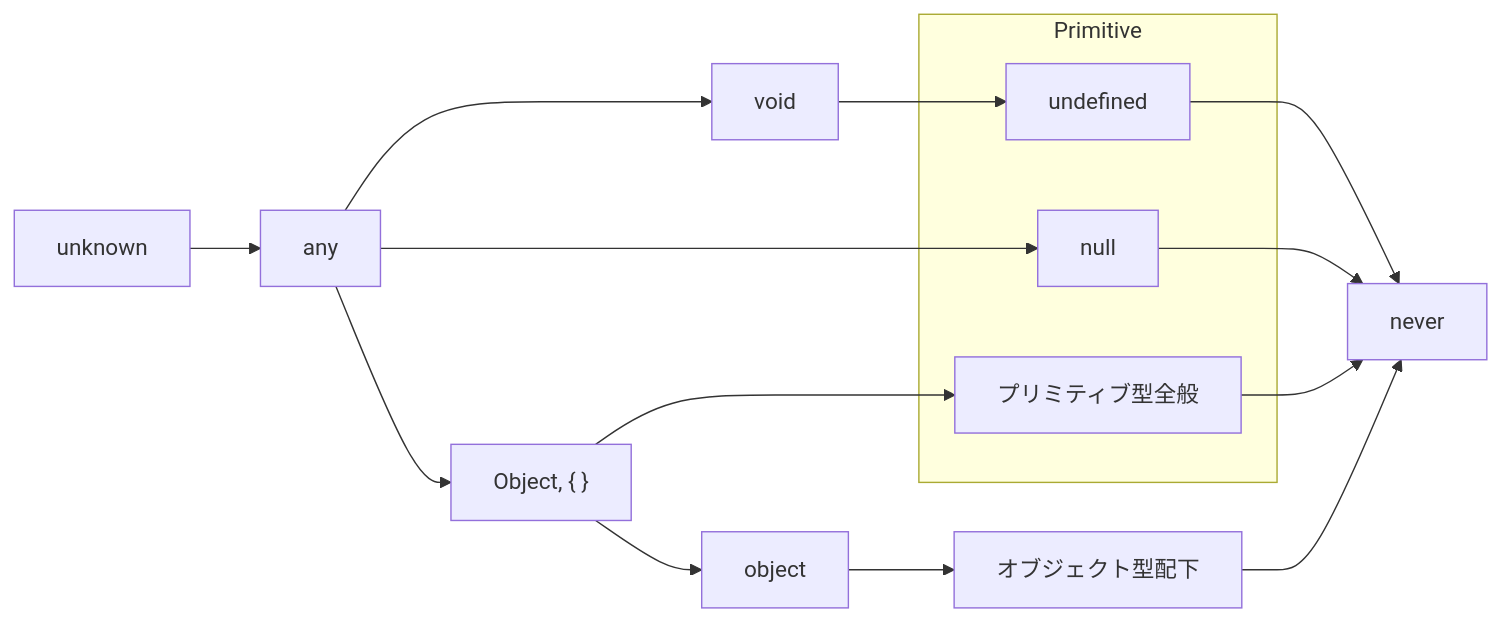
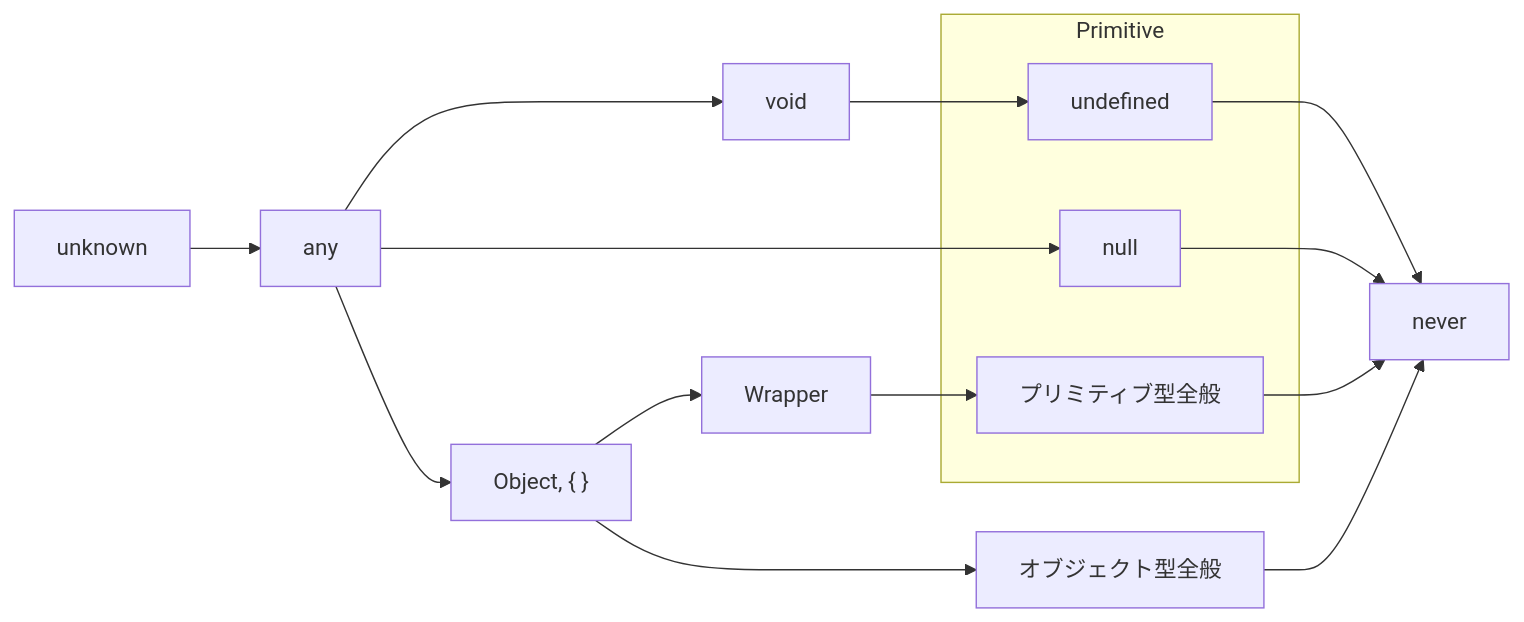
Before and after one commit to yo-goto/zenn-public-repo: the fifth of 8 diagrams in articles/typescript-type-set-hierarchy.md, drawn with Mermaid. The commit also changed other lines of this file and 1 other file, not shown here.

````diff
--- a/articles/typescript-type-set-hierarchy.md
+++ b/articles/typescript-type-set-hierarchy.md
@@ -608,21 +661,21 @@
 ```mermaid
 graph LR
   U[unknown]
   N[never]
   A[any]
   V[void]
   O["Object, { }"]
-  obj[object]
+  W[Wrapper]
   subgraph Primitive
     u[undefined]
     n[null]
     P[プリミティブ型全般]
   end
-  objs[オブジェクト型配下]
+  objs[オブジェクト型全般]
   U --> A
   A --> V --> u --> N
   A --> n --> N
-  A --> O --> P & obj
-  P --> N
-  obj --> objs --> N
+  A --> O --> W
+  W --> P --> N
+  O --> objs --> N
 ```
````
